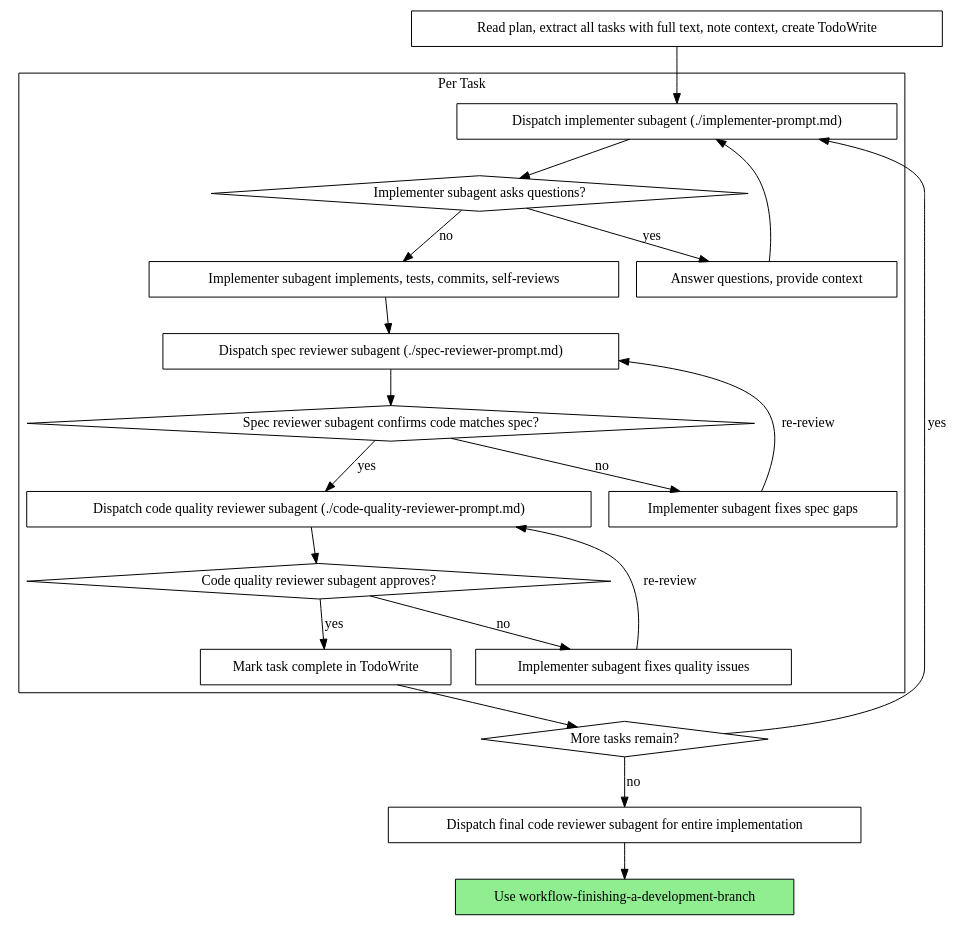
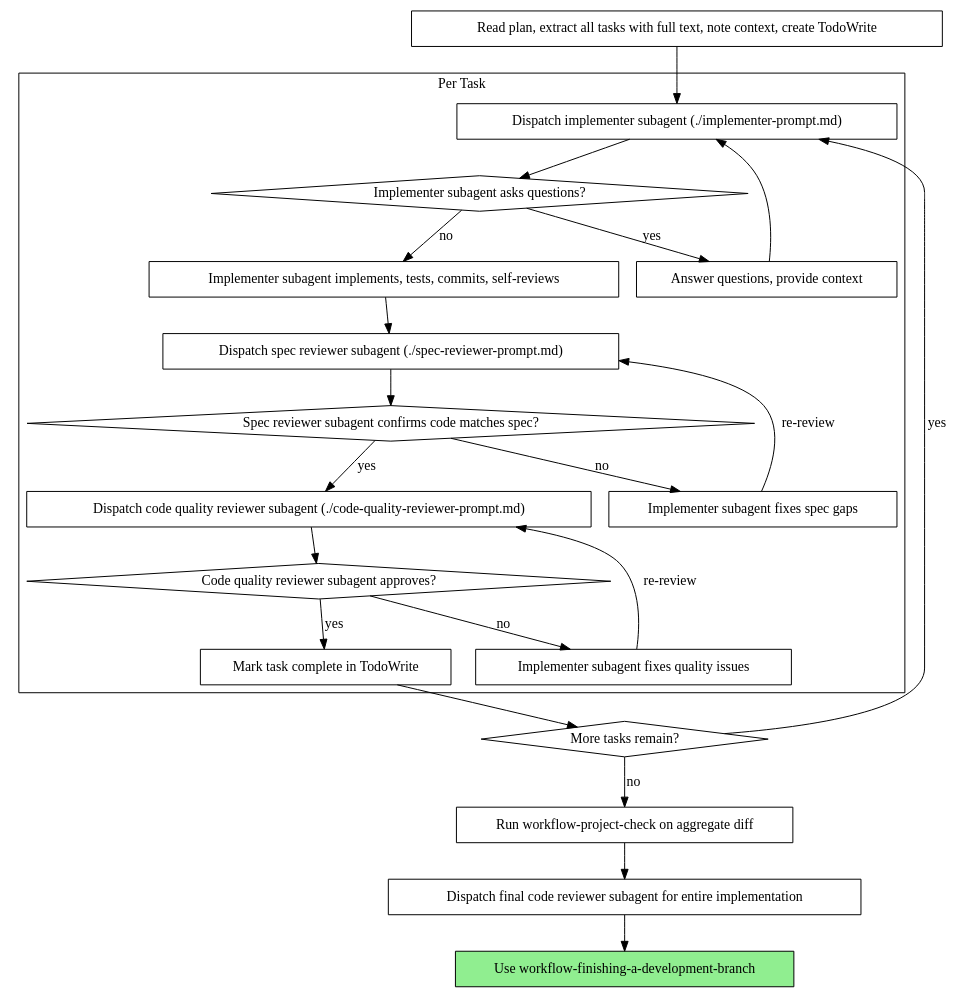
The second of 2 diagrams in skills/workflow-subagent-driven-development/SKILL.md (BryanHoo/workflow), drawn with Graphviz before and after one commit. The commit also changed other lines of this file and 24 other files, not shown here.

````diff
--- a/skills/workflow-subagent-driven-development/SKILL.md
+++ b/skills/workflow-subagent-driven-development/SKILL.md
@@ -45,44 +45,46 @@
 ```dot
 digraph process {
     rankdir=TB;
 
     subgraph cluster_per_task {
         label="Per Task";
         "Dispatch implementer subagent (./implementer-prompt.md)" [shape=box];
         "Implementer subagent asks questions?" [shape=diamond];
         "Answer questions, provide context" [shape=box];
         "Implementer subagent implements, tests, commits, self-reviews" [shape=box];
         "Dispatch spec reviewer subagent (./spec-reviewer-prompt.md)" [shape=box];
         "Spec reviewer subagent confirms code matches spec?" [shape=diamond];
         "Implementer subagent fixes spec gaps" [shape=box];
         "Dispatch code quality reviewer subagent (./code-quality-reviewer-prompt.md)" [shape=box];
         "Code quality reviewer subagent approves?" [shape=diamond];
         "Implementer subagent fixes quality issues" [shape=box];
         "Mark task complete in TodoWrite" [shape=box];
     }
 
     "Read plan, extract all tasks with full text, note context, create TodoWrite" [shape=box];
     "More tasks remain?" [shape=diamond];
+    "Run workflow-project-check on aggregate diff" [shape=box];
     "Dispatch final code reviewer subagent for entire implementation" [shape=box];
     "Use workflow-finishing-a-development-branch" [shape=box style=filled fillcolor=lightgreen];
 
     "Read plan, extract all tasks with full text, note context, create TodoWrite" -> "Dispatch implementer subagent (./implementer-prompt.md)";
     "Dispatch implementer subagent (./implementer-prompt.md)" -> "Implementer subagent asks questions?";
     "Implementer subagent asks questions?" -> "Answer questions, provide context" [label="yes"];
     "Answer questions, provide context" -> "Dispatch implementer subagent (./implementer-prompt.md)";
     "Implementer subagent asks questions?" -> "Implementer subagent implements, tests, commits, self-reviews" [label="no"];
     "Implementer subagent implements, tests, commits, self-reviews" -> "Dispatch spec reviewer subagent (./spec-reviewer-prompt.md)";
     "Dispatch spec reviewer subagent (./spec-reviewer-prompt.md)" -> "Spec reviewer subagent confirms code matches spec?";
     "Spec reviewer subagent confirms code matches spec?" -> "Implementer subagent fixes spec gaps" [label="no"];
     "Implementer subagent fixes spec gaps" -> "Dispatch spec reviewer subagent (./spec-reviewer-prompt.md)" [label="re-review"];
     "Spec reviewer subagent confirms code matches spec?" -> "Dispatch code quality reviewer subagent (./code-quality-reviewer-prompt.md)" [label="yes"];
     "Dispatch code quality reviewer subagent (./code-quality-reviewer-prompt.md)" -> "Code quality reviewer subagent approves?";
     "Code quality reviewer subagent approves?" -> "Implementer subagent fixes quality issues" [label="no"];
     "Implementer subagent fixes quality issues" -> "Dispatch code quality reviewer subagent (./code-quality-reviewer-prompt.md)" [label="re-review"];
     "Code quality reviewer subagent approves?" -> "Mark task complete in TodoWrite" [label="yes"];
     "Mark task complete in TodoWrite" -> "More tasks remain?";
     "More tasks remain?" -> "Dispatch implementer subagent (./implementer-prompt.md)" [label="yes"];
-    "More tasks remain?" -> "Dispatch final code reviewer subagent for entire implementation" [label="no"];
+    "More tasks remain?" -> "Run workflow-project-check on aggregate diff" [label="no"];
+    "Run workflow-project-check on aggregate diff" -> "Dispatch final code reviewer subagent for entire implementation";
     "Dispatch final code reviewer subagent for entire implementation" -> "Use workflow-finishing-a-development-branch";
 }
 ```
````
